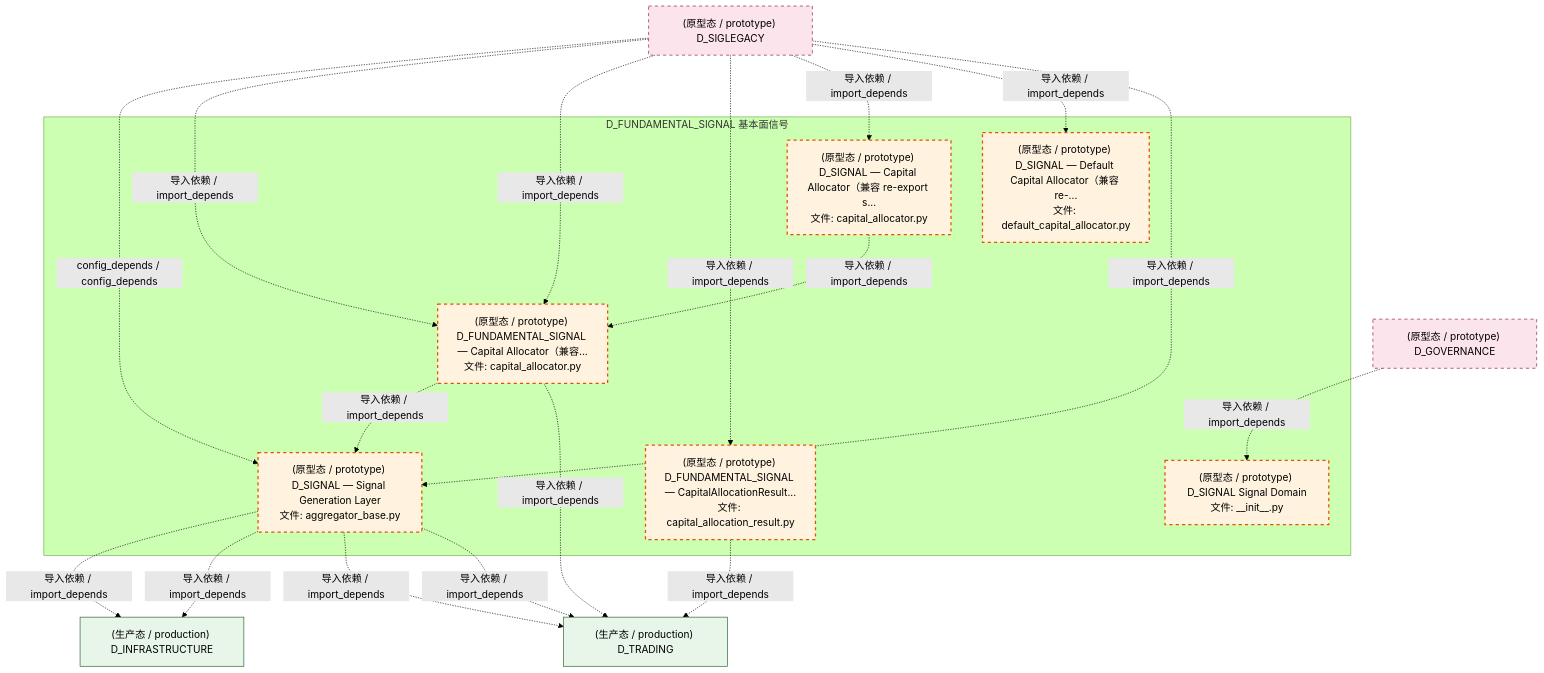
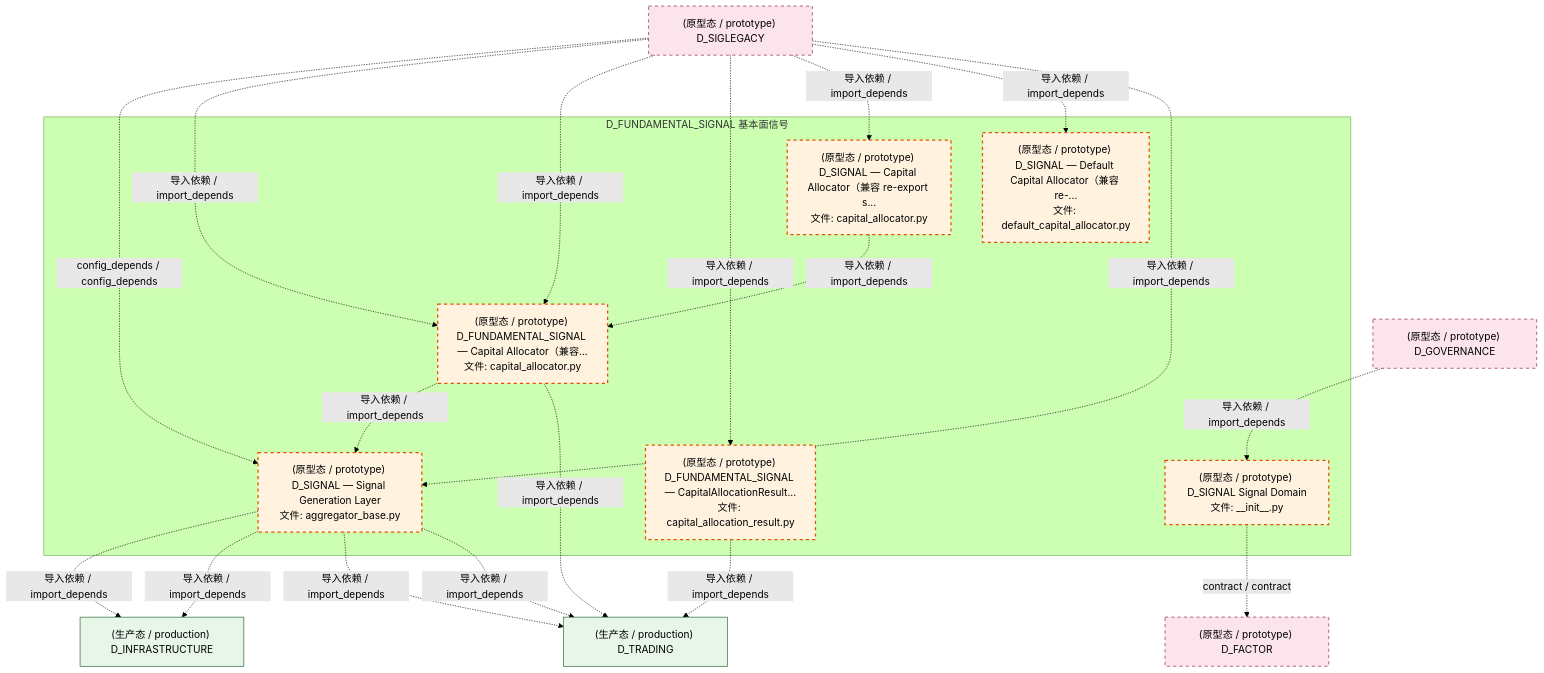
One commit to xuanFelixVan/ZephyrAlpha changed the third of 4 diagrams in docs/02_enterprise_architecture/02_domain_architecture_docs/37_d_fundamental_signal.md. Above: the diagram before and after it, drawn with Mermaid (forest theme). The commit also changed other lines of this file and 127 other files, not shown here.

First line of the commit message:
chore(docs): S2-2 refresh architecture docs after depgraph rebuild

````diff
--- a/docs/02_enterprise_architecture/02_domain_architecture_docs/37_d_fundamental_signal.md
+++ b/docs/02_enterprise_architecture/02_domain_architecture_docs/37_d_fundamental_signal.md
@@ -197,38 +197,40 @@
 ```mermaid
 graph TD
     subgraph D_FUNDAMENTAL_SIGNAL["D_FUNDAMENTAL_SIGNAL 基本面信号"]
         src_zephyr_signal_fundamental_init_py["(原型态 / prototype) D_SIGNAL Signal Domain<br/>文件: __init__.py"]
         src_zephyr_signal_fundamental_capital_capital_allocation_result_py["(原型态 / prototype) D_FUNDAMENTAL_SIGNAL — CapitalAllocationResult...<br/>文件: capital_allocation_result.py"]
         src_zephyr_signal_fundamental_capital_capital_allocator_py["(原型态 / prototype) D_SIGNAL — Capital Allocator（兼容 re-export s...<br/>文件: capital_allocator.py"]
         src_zephyr_signal_fundamental_capital_default_capital_allocator_py["(原型态 / prototype) D_SIGNAL — Default Capital Allocator（兼容 re-...<br/>文件: default_capital_allocator.py"]
         src_zephyr_signal_fundamental_gen_aggregator_base_py["(原型态 / prototype) D_SIGNAL — Signal Generation Layer<br/>文件: aggregator_base.py"]
         src_zephyr_signal_fundamental_strategy_capital_allocator_py["(原型态 / prototype) D_FUNDAMENTAL_SIGNAL — Capital Allocator（兼容...<br/>文件: capital_allocator.py"]
     end
     src_zephyr_signal_fundamental_capital_capital_allocator_py -.->|导入依赖 / import_depends| src_zephyr_signal_fundamental_strategy_capital_allocator_py
     src_zephyr_signal_fundamental_strategy_capital_allocator_py -.->|导入依赖 / import_depends| src_zephyr_signal_fundamental_gen_aggregator_base_py
+    D_FACTOR["(原型态 / prototype) D_FACTOR"]
+    src_zephyr_signal_fundamental_init_py -.->|contract / contract| D_FACTOR
     D_TRADING["(生产态 / production) D_TRADING"]
     src_zephyr_signal_fundamental_capital_capital_allocation_result_py -.->|导入依赖 / import_depends| D_TRADING
     D_INFRASTRUCTURE["(生产态 / production) D_INFRASTRUCTURE"]
     src_zephyr_signal_fundamental_gen_aggregator_base_py -.->|导入依赖 / import_depends| D_INFRASTRUCTURE
     src_zephyr_signal_fundamental_gen_aggregator_base_py -.->|导入依赖 / import_depends| D_INFRASTRUCTURE
     src_zephyr_signal_fundamental_gen_aggregator_base_py -.->|导入依赖 / import_depends| D_TRADING
     src_zephyr_signal_fundamental_gen_aggregator_base_py -.->|导入依赖 / import_depends| D_TRADING
     src_zephyr_signal_fundamental_strategy_capital_allocator_py -.->|导入依赖 / import_depends| D_TRADING
     D_SIGLEGACY["(原型态 / prototype) D_SIGLEGACY"]
     D_SIGLEGACY -.->|config_depends / config_depends| src_zephyr_signal_fundamental_gen_aggregator_base_py
     D_SIGLEGACY -.->|导入依赖 / import_depends| src_zephyr_signal_fundamental_strategy_capital_allocator_py
     D_SIGLEGACY -.->|导入依赖 / import_depends| src_zephyr_signal_fundamental_strategy_capital_allocator_py
     D_SIGLEGACY -.->|导入依赖 / import_depends| src_zephyr_signal_fundamental_capital_capital_allocation_result_py
     D_SIGLEGACY -.->|导入依赖 / import_depends| src_zephyr_signal_fundamental_capital_capital_allocator_py
     D_SIGLEGACY -.->|导入依赖 / import_depends| src_zephyr_signal_fundamental_capital_default_capital_allocator_py
     D_GOVERNANCE["(原型态 / prototype) D_GOVERNANCE"]
     D_GOVERNANCE -.->|导入依赖 / import_depends| src_zephyr_signal_fundamental_init_py
     D_SIGLEGACY -.->|导入依赖 / import_depends| src_zephyr_signal_fundamental_gen_aggregator_base_py
     classDef production fill:#e1f5fe,stroke:#01579b,stroke-width:2px,color:#000
     classDef design fill:#fff3e0,stroke:#e65100,stroke-width:2px,color:#000,stroke-dasharray: 5 5
     classDef external_prod fill:#e8f5e9,stroke:#1b5e20,stroke-width:1px,color:#000
     classDef external_design fill:#fce4ec,stroke:#880e4f,stroke-width:1px,color:#000,stroke-dasharray: 5 5
     class src_zephyr_signal_fundamental_init_py,src_zephyr_signal_fundamental_capital_capital_allocation_result_py,src_zephyr_signal_fundamental_capital_capital_allocator_py,src_zephyr_signal_fundamental_capital_default_capital_allocator_py,src_zephyr_signal_fundamental_gen_aggregator_base_py,src_zephyr_signal_fundamental_strategy_capital_allocator_py design
     class D_TRADING,D_INFRASTRUCTURE external_prod
-    class D_SIGLEGACY,D_GOVERNANCE external_design
+    class D_FACTOR,D_SIGLEGACY,D_GOVERNANCE external_design
 ```
````
